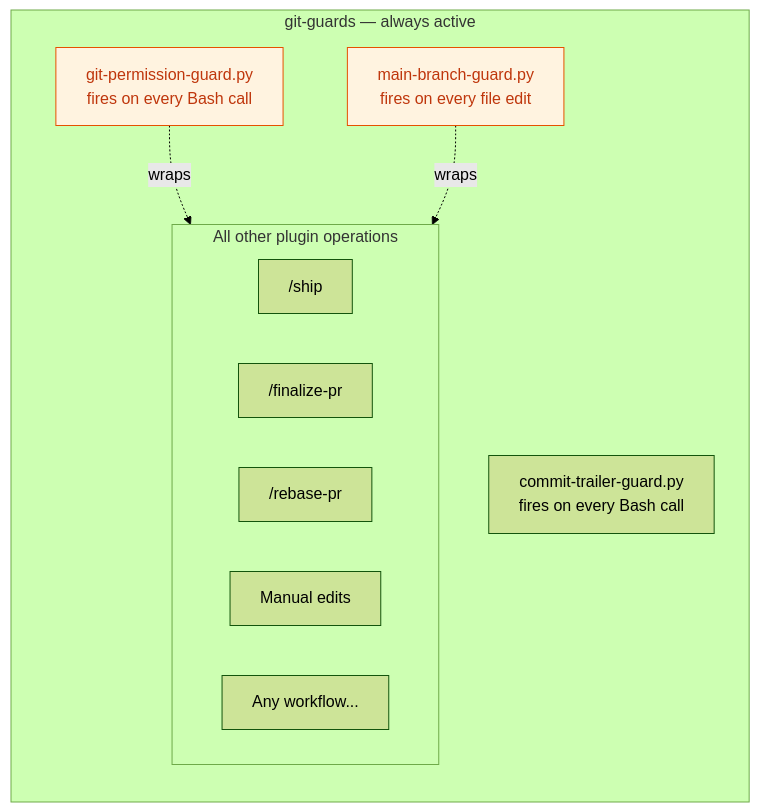
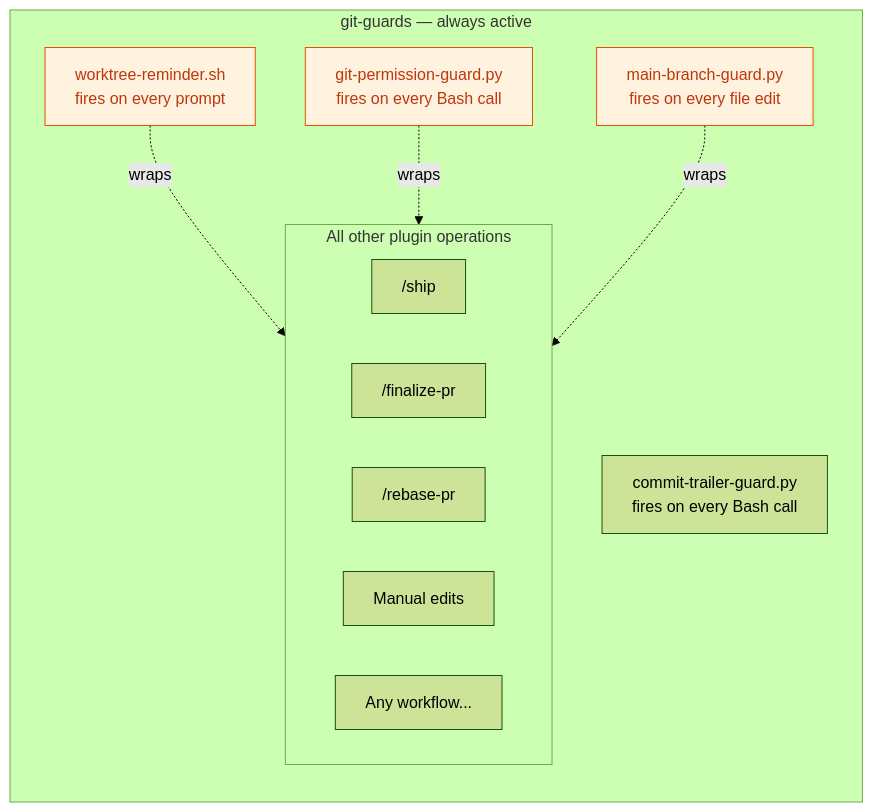
One commit to dryvist/claude-code-plugins changed the second of 2 diagrams in git-guards/ARCHITECTURE.md. Above: the diagram before and after it, drawn with Mermaid (forest theme). The commit also changed other lines of this file and 4 other files, not shown here.

First line of the commit message:
fix(git-guards): restore worktree reminder, location-agnostic

````diff
--- a/git-guards/ARCHITECTURE.md
+++ b/git-guards/ARCHITECTURE.md
@@ -40,24 +46,26 @@
 ```mermaid
 flowchart LR
     subgraph OUTER["git-guards — always active"]
         direction TB
+        WR2["worktree-reminder.sh\nfires on every prompt"]
         PG2["git-permission-guard.py\nfires on every Bash call"]
         TG2["commit-trailer-guard.py\nfires on every Bash call"]
         MBG2["main-branch-guard.py\nfires on every file edit"]
 
         subgraph INNER["All other plugin operations"]
             direction LR
             SHIP["/ship"]
             FINALIZE["/finalize-pr"]
             REBASE["/rebase-pr"]
             MANUAL["Manual edits"]
             OTHER["Any workflow..."]
         end
 
+        WR2 -.->|wraps| INNER
         PG2 -.->|wraps| INNER
         MBG2 -.->|wraps| INNER
     end
 
     classDef hook fill:#fff3e0,stroke:#e65100,color:#bf360c
-    class PG2,MBG2 hook
+    class WR2,PG2,MBG2 hook
 ```
````
